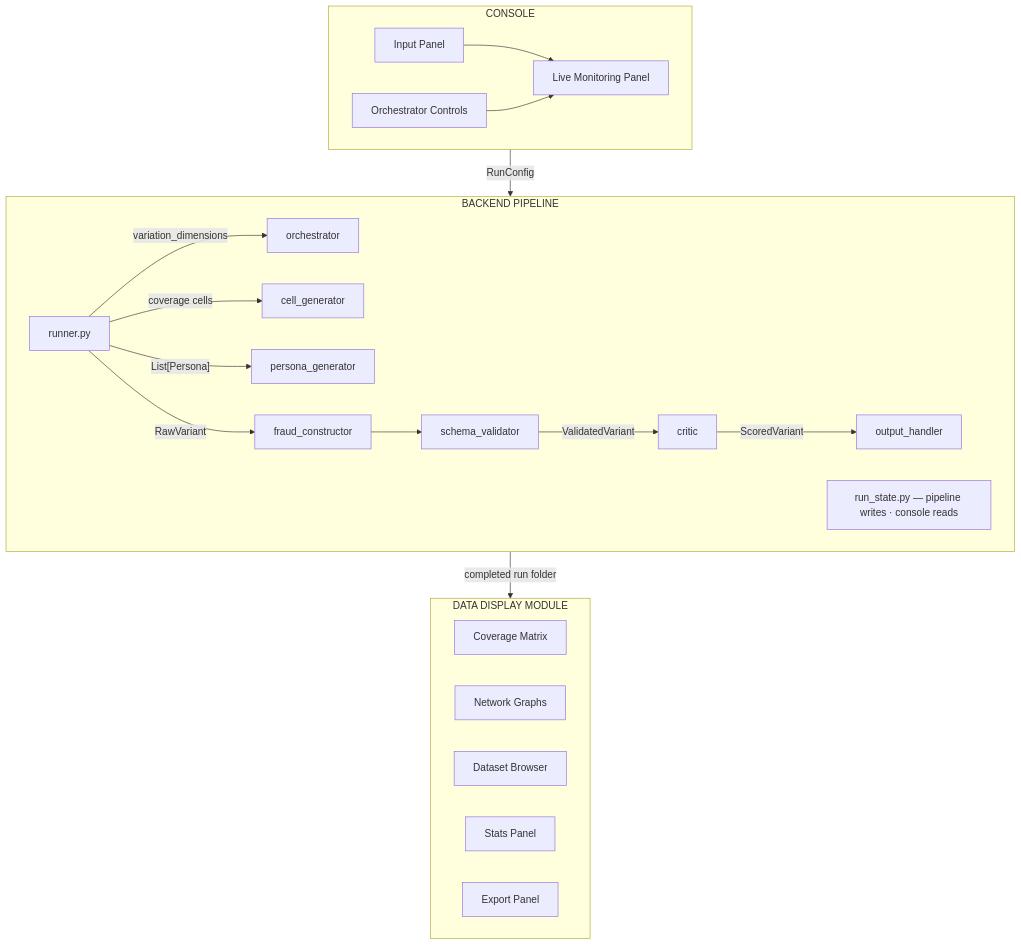
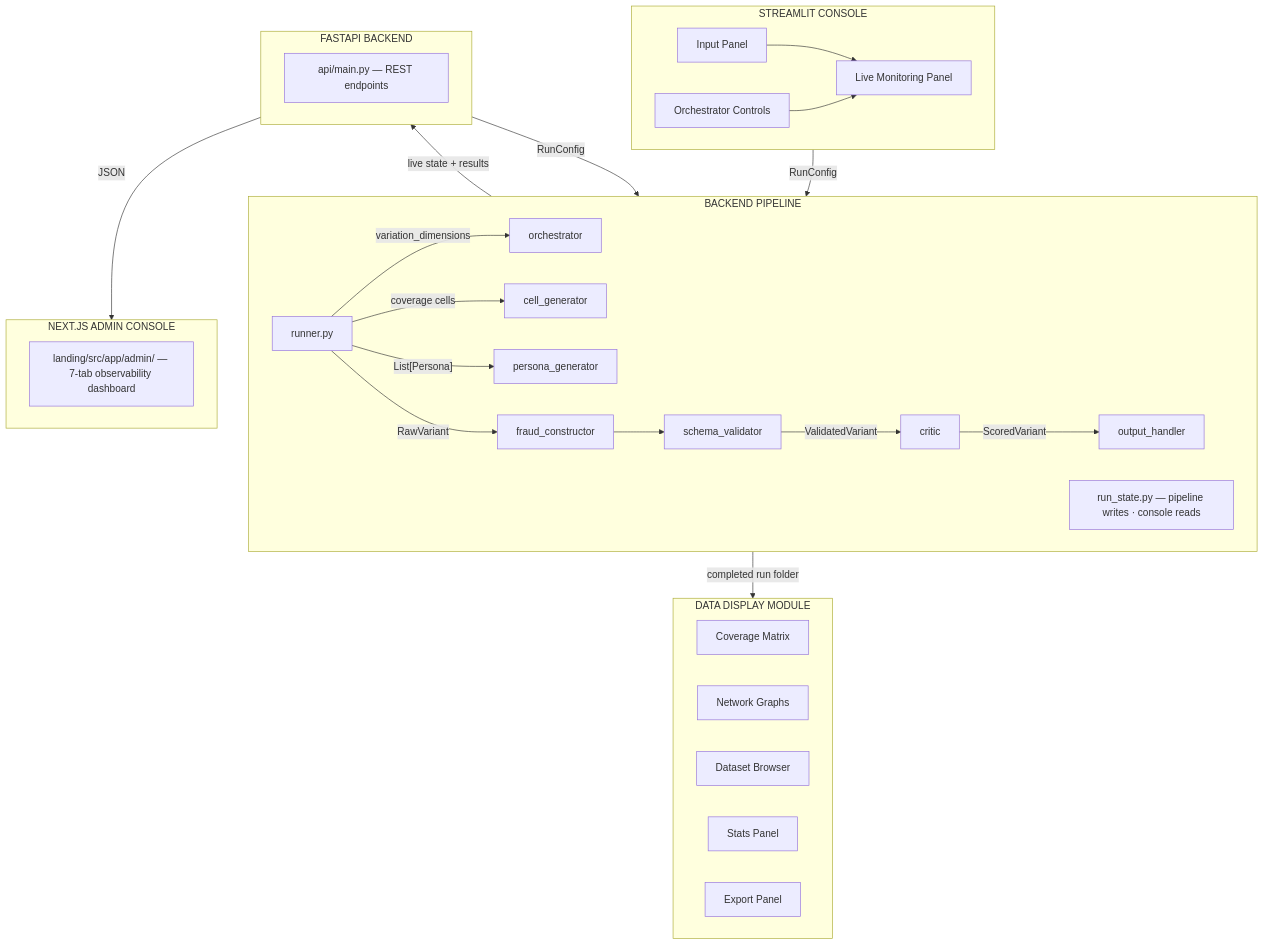
Before and after one commit to 101011101/GenAi: the fifth of 6 diagrams in README.md, drawn with Mermaid. The commit also changed other lines of this file, not shown here.

````diff
--- a/README.md
+++ b/README.md
@@ -301,28 +317,39 @@
 ```mermaid
 graph TB
-    subgraph CONSOLE["CONSOLE"]
+    subgraph CONSOLE["STREAMLIT CONSOLE"]
         IP[Input Panel] & OC[Orchestrator Controls]
         LM[Live Monitoring Panel]
         IP & OC --> LM
     end
 
     subgraph PIPELINE["BACKEND PIPELINE"]
         Runner["runner.py"]
         Runner -->|variation_dimensions| A1[orchestrator]
         Runner -->|coverage cells| A2[cell_generator]
         Runner -->|"List[Persona]"| A3[persona_generator]
         Runner -->|RawVariant| A4[fraud_constructor]
         A4 --> B1[schema_validator]
         B1 -->|ValidatedVariant| B2[critic]
         B2 -->|ScoredVariant| B3[output_handler]
         RS["run_state.py — pipeline writes · console reads"]
     end
 
     subgraph DISPLAY["DATA DISPLAY MODULE"]
         CM[Coverage Matrix] & NG[Network Graphs] & DB[Dataset Browser]
         SP[Stats Panel] & EP[Export Panel]
     end
 
+    subgraph API["FASTAPI BACKEND"]
+        FAPI["api/main.py — REST endpoints"]
+    end
+
+    subgraph ADMIN["NEXT.JS ADMIN CONSOLE"]
+        ADM["landing/src/app/admin/ — 7-tab observability dashboard"]
+    end
+
     CONSOLE -->|RunConfig| PIPELINE
+    API -->|RunConfig| PIPELINE
     PIPELINE -->|completed run folder| DISPLAY
+    PIPELINE -->|live state + results| API
+    API -->|JSON| ADMIN
 ```
````
